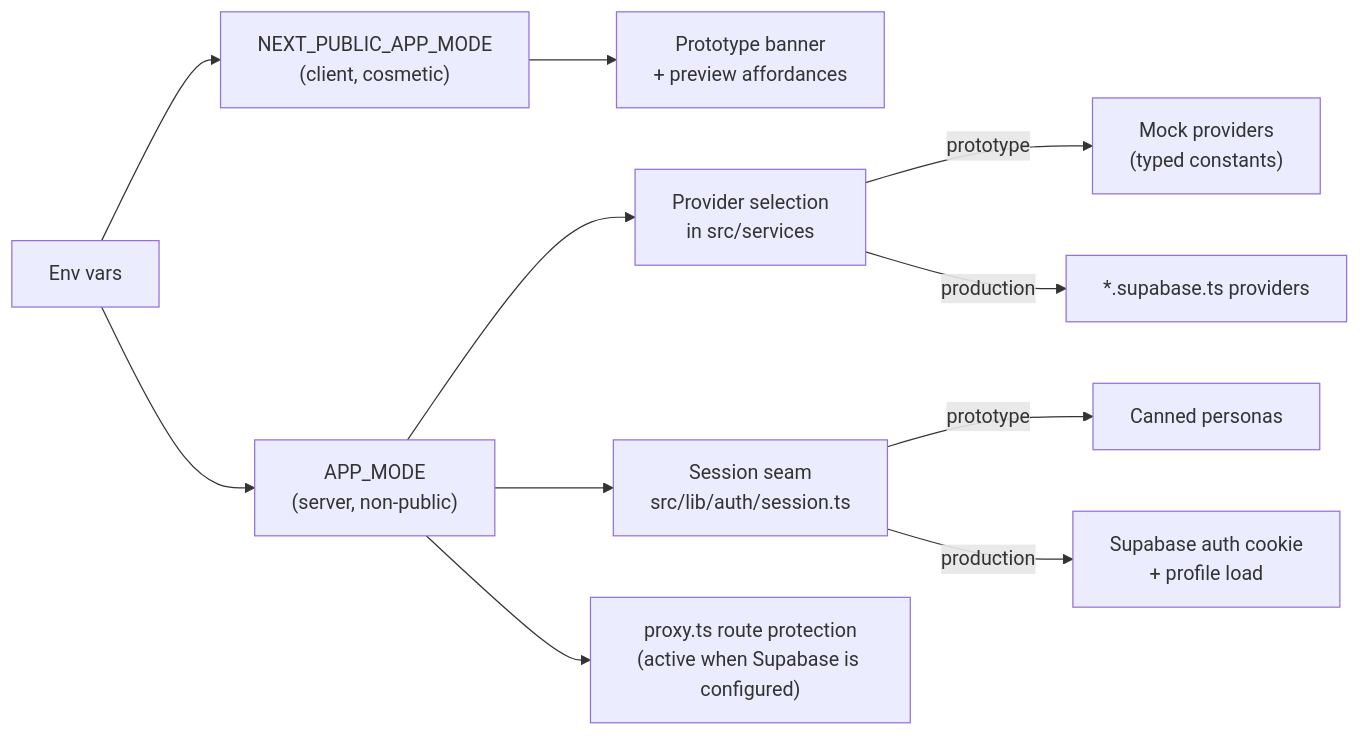
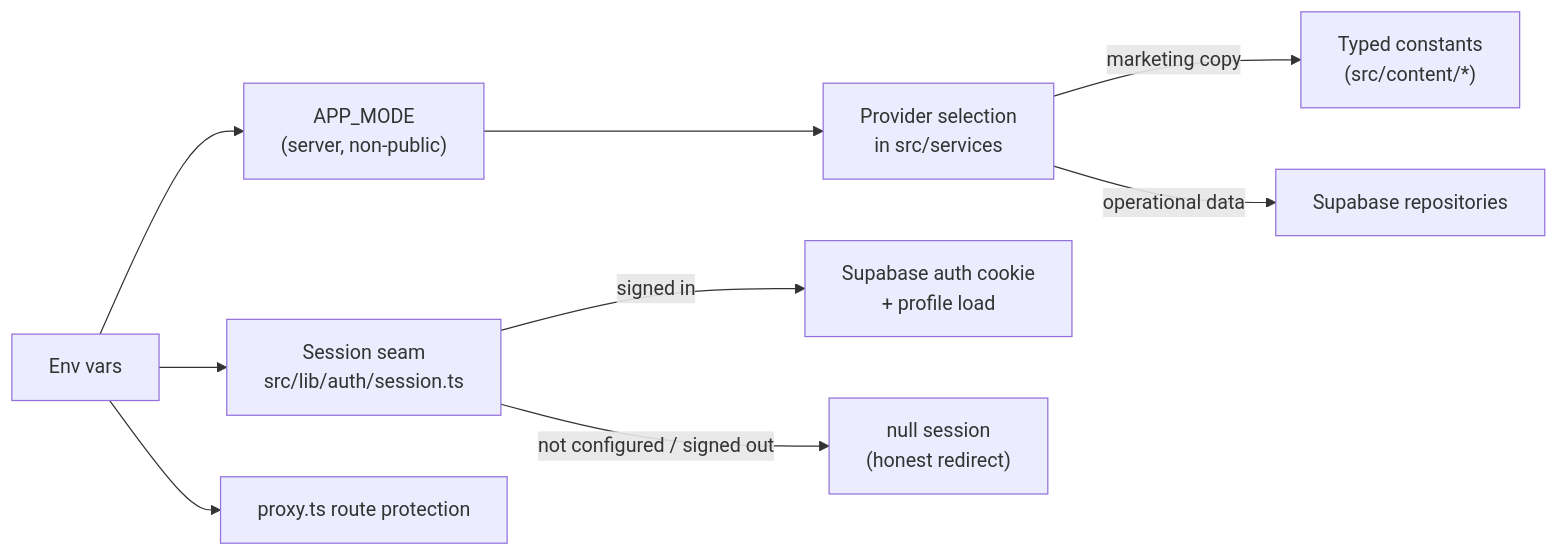
Before and after one commit to jayjay77uk/Juice-doctor: the second of 2 diagrams in docs/architecture/00-overview.md, drawn with Mermaid. The commit also changed other lines of this file and 115 other files, not shown here.

First line of the commit message:
Production cleanup: remove all prototype mechanisms, mock functionality and fake data

````diff
--- a/docs/architecture/00-overview.md
+++ b/docs/architecture/00-overview.md
@@ -124,12 +124,11 @@
 ```mermaid
 flowchart LR
-  Env["Env vars"] --> A & B
-  A["NEXT_PUBLIC_APP_MODE<br/>(client, cosmetic)"] --> Banner["Prototype banner<br/>+ preview affordances"]
+  Env["Env vars"] --> B
   B["APP_MODE<br/>(server, non-public)"] --> Sel["Provider selection<br/>in src/services"]
-  Sel -->|prototype| Mock["Mock providers<br/>(typed constants)"]
-  Sel -->|production| Supa["*.supabase.ts providers"]
-  B --> Sess["Session seam<br/>src/lib/auth/session.ts"]
-  Sess -->|prototype| Canned["Canned personas"]
-  Sess -->|production| Cookie["Supabase auth cookie<br/>+ profile load"]
-  B --> Proxy["proxy.ts route protection<br/>(active when Supabase is configured)"]
+  Sel -->|marketing copy| Content["Typed constants<br/>(src/content/*)"]
+  Sel -->|operational data| Supa["Supabase repositories"]
+  Env --> Sess["Session seam<br/>src/lib/auth/session.ts"]
+  Sess -->|signed in| Cookie["Supabase auth cookie<br/>+ profile load"]
+  Sess -->|not configured / signed out| Null["null session<br/>(honest redirect)"]
+  Env --> Proxy["proxy.ts route protection"]
 ```
````
